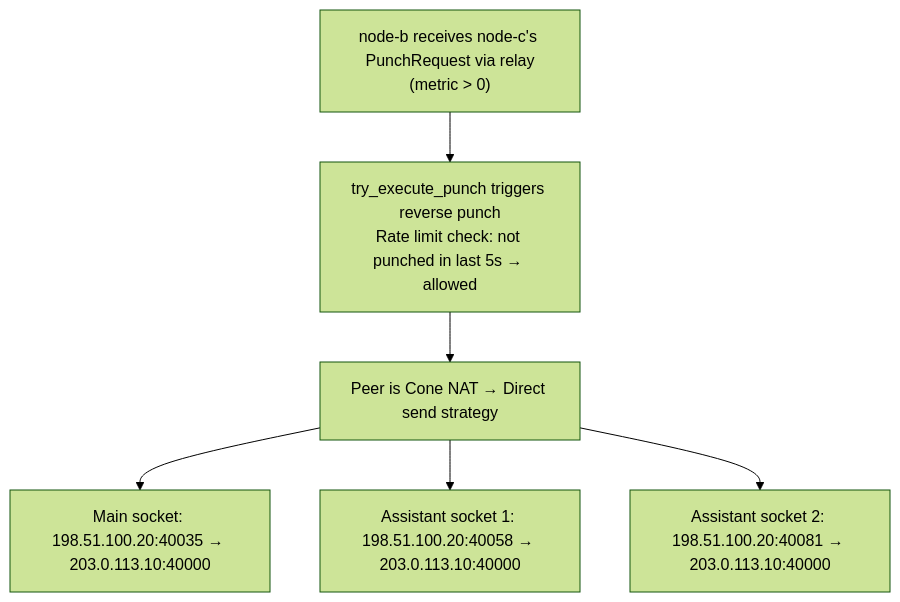
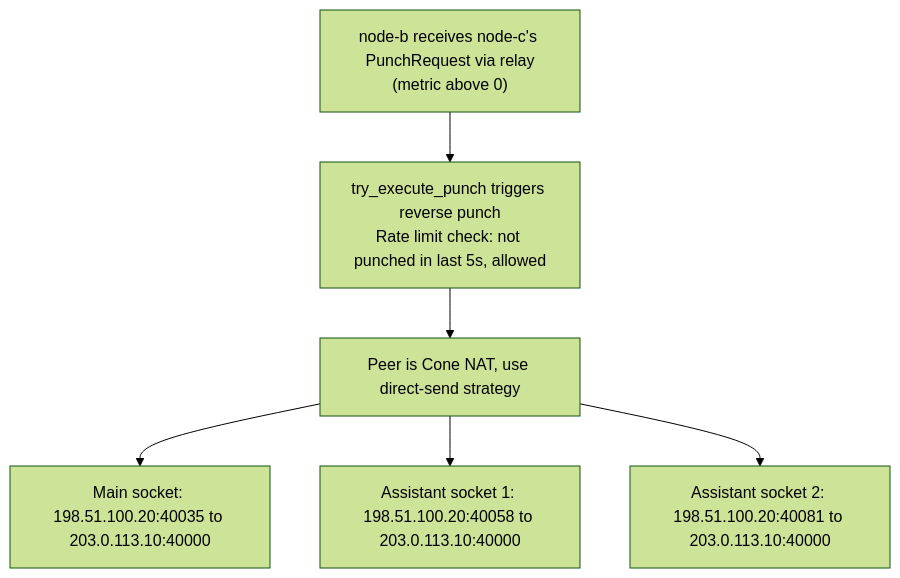
Before and after one commit to rustp2p/rustp2p: diagram 19 of 27 in docs/nat-punch-principles.md, drawn with Mermaid (forest theme). The commit also changed other lines of this file, not shown here.

Commit message:
docs: harden mermaid labels after section 5.3 for renderer compatibility

````diff
--- a/docs/nat-punch-principles.md
+++ b/docs/nat-punch-principles.md
@@ -616,15 +616,15 @@
 ```mermaid
 flowchart TD
-    RECV["node-b receives node-c's PunchRequest via relay<br/>(metric &gt; 0)"]
-    RATE["try_execute_punch triggers reverse punch<br/>Rate limit check: not punched in last 5s → allowed"]
-    CONE["Peer is Cone NAT → Direct send strategy"]
-    SEND1["Main socket: 198.51.100.20:40035 → 203.0.113.10:40000"]
-    SEND2["Assistant socket 1: 198.51.100.20:40058 → 203.0.113.10:40000"]
-    SEND3["Assistant socket 2: 198.51.100.20:40081 → 203.0.113.10:40000"]
+    RECV["node-b receives node-c's PunchRequest via relay<br/>(metric above 0)"]
+    RATE["try_execute_punch triggers reverse punch<br/>Rate limit check: not punched in last 5s, allowed"]
+    CONE["Peer is Cone NAT, use direct-send strategy"]
+    SEND1["Main socket: 198.51.100.20:40035 to 203.0.113.10:40000"]
+    SEND2["Assistant socket 1: 198.51.100.20:40058 to 203.0.113.10:40000"]
+    SEND3["Assistant socket 2: 198.51.100.20:40081 to 203.0.113.10:40000"]
 
     RECV --> RATE
     RATE --> CONE
     CONE --> SEND1
     CONE --> SEND2
     CONE --> SEND3
 ```
````
